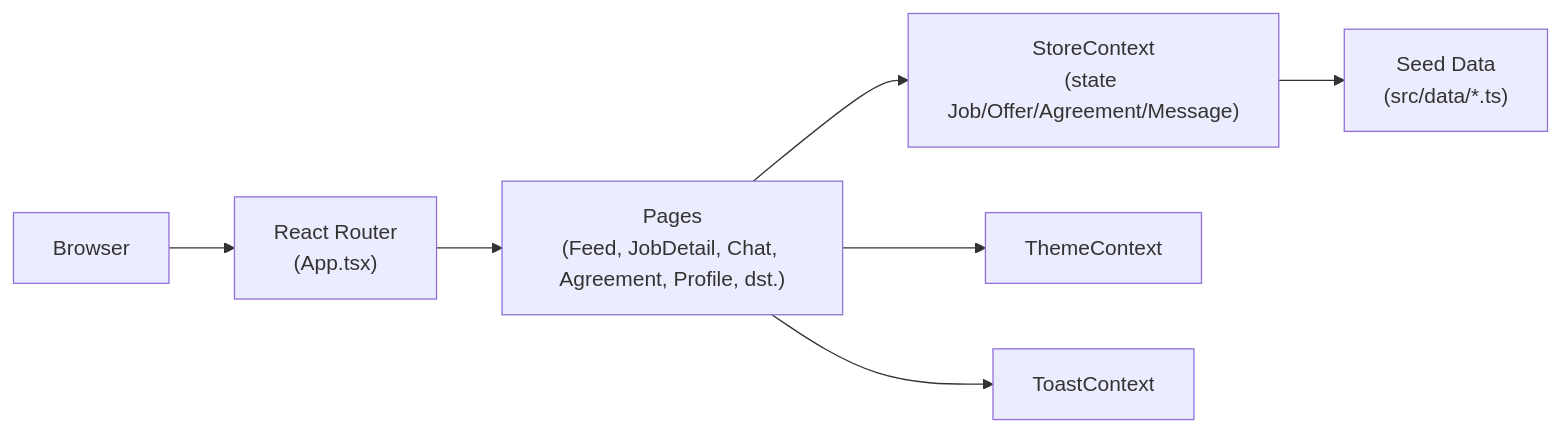
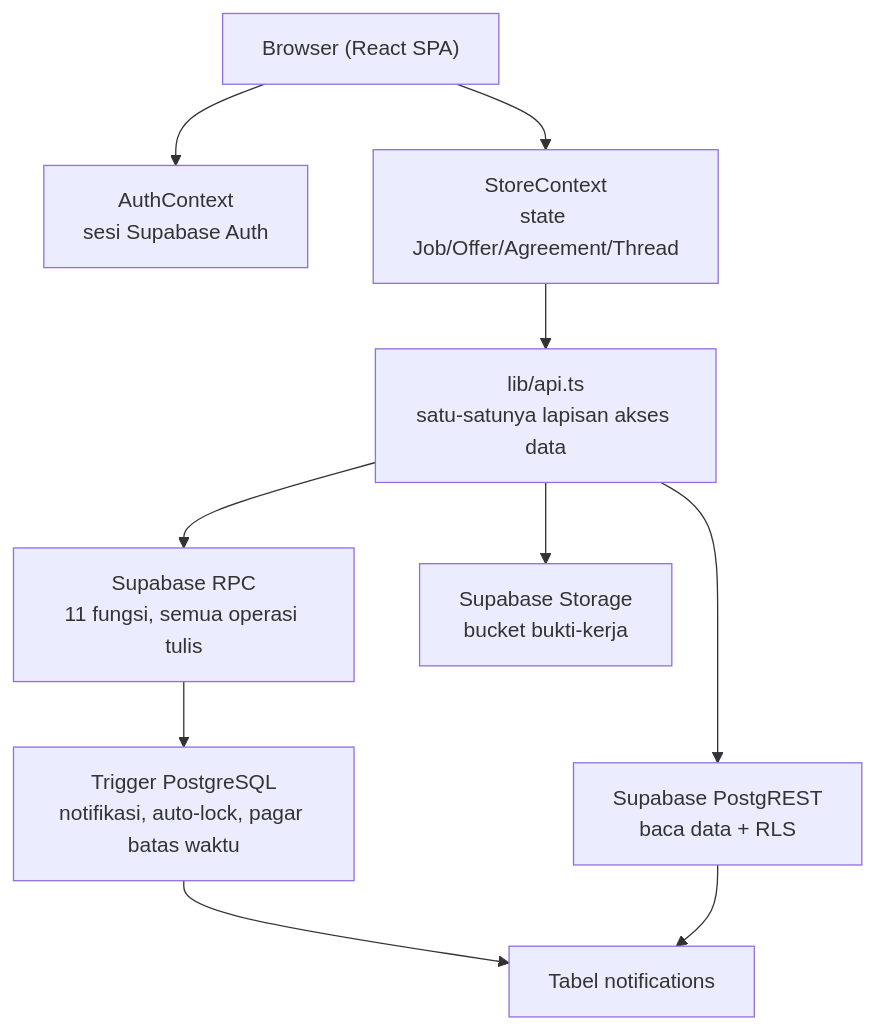
One commit to lewron135/Stepping-Stone changed the first of 2 diagrams in README.md. Above: the diagram before and after it, drawn with Mermaid. The commit also changed other lines of this file and 69 other files, not shown here.

````diff
--- a/README.md
+++ b/README.md
@@ -156,9 +112,13 @@
 ```mermaid
-flowchart LR
-    A["Browser"] --> B["React Router\n(App.tsx)"]
-    B --> C["Pages\n(Feed, JobDetail, Chat, Agreement, Profile, dst.)"]
-    C --> D["StoreContext\n(state Job/Offer/Agreement/Message)"]
-    C --> E["ThemeContext"]
-    C --> F["ToastContext"]
-    D --> G["Seed Data\n(src/data/*.ts)"]
+flowchart TB
+    A["Browser (React SPA)"]
+    A --> B["AuthContext<br/>sesi Supabase Auth"]
+    A --> C["StoreContext<br/>state Job/Offer/Agreement/Thread"]
+    C --> D["lib/api.ts<br/>satu-satunya lapisan akses data"]
+    D --> E["Supabase PostgREST<br/>baca data + RLS"]
+    D --> F["Supabase RPC<br/>11 fungsi, semua operasi tulis"]
+    D --> G["Supabase Storage<br/>bucket bukti-kerja"]
+    F --> H["Trigger PostgreSQL<br/>notifikasi, auto-lock, pagar batas waktu"]
+    H --> I["Tabel notifications"]
+    E --> I
 ```
````
